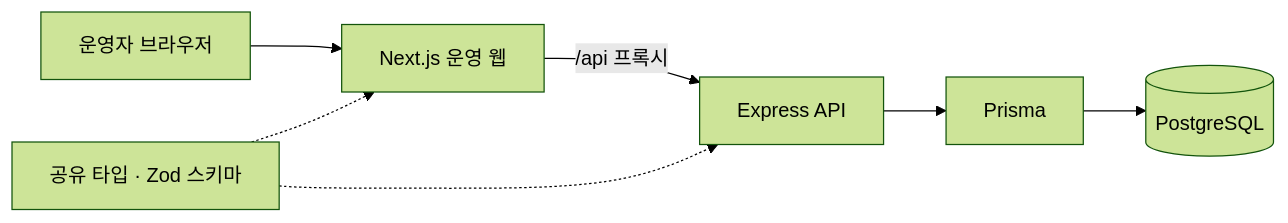
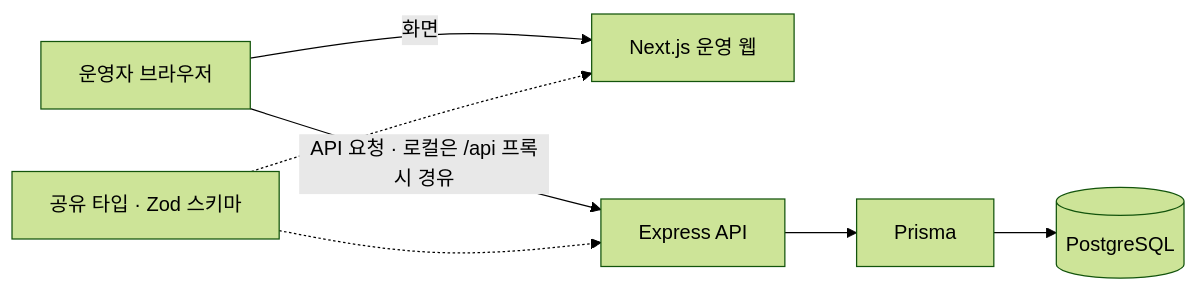
One commit to pair-study/fragment changed the diagram in README.md. Above: the diagram before and after it, drawn with Mermaid (forest theme). The commit also changed other lines of this file, not shown here.

````diff
--- a/README.md
+++ b/README.md
@@ -98,9 +98,9 @@
 ```mermaid
 flowchart LR
-    Browser[운영자 브라우저] --> Web[Next.js 운영 웹]
-    Web -->|/api 프록시| API[Express API]
+    Browser[운영자 브라우저] -->|화면| Web[Next.js 운영 웹]
+    Browser -->|API 요청 · 로컬은 /api 프록시 경유| API[Express API]
     API --> Prisma[Prisma]
     Prisma --> DB[(PostgreSQL)]
     Shared[공유 타입 · Zod 스키마] -.-> Web
     Shared -.-> API
 ```
````
